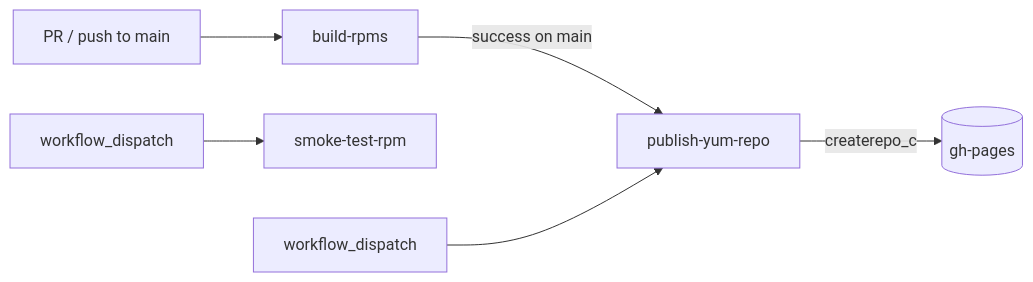
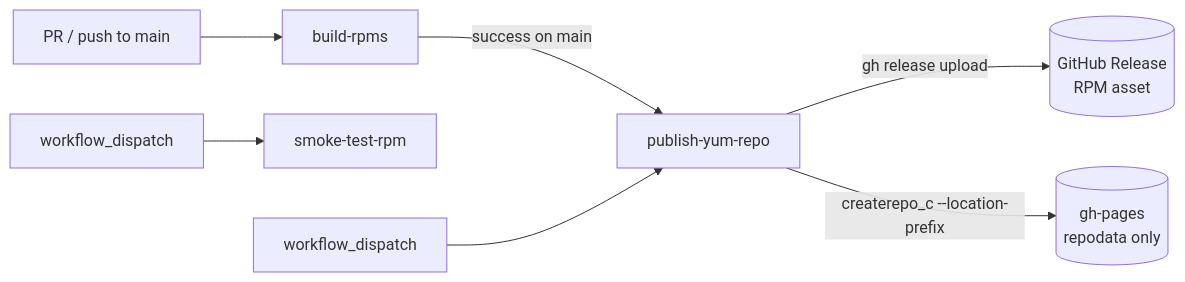
Before and after one commit to duynhlab/packages: the second of 2 diagrams in docs/build.md, drawn with Mermaid. The commit also changed other lines of this file and 2 other files, not shown here.

First line of the commit message:
ci: host RPMs on GitHub Releases, publish metadata-only gh-pages

````diff
--- a/docs/build.md
+++ b/docs/build.md
@@ -132,8 +132,9 @@
 ```mermaid
 flowchart LR
   PR[PR / push to main] --> B[build-rpms]
   B -->|success on main| P[publish-yum-repo]
-  P -->|createrepo_c| GH[(gh-pages)]
+  P -->|gh release upload| REL[(GitHub Release<br/>RPM asset)]
+  P -->|createrepo_c --location-prefix| GH[(gh-pages<br/>repodata only)]
   MAN1[workflow_dispatch] --> S[smoke-test-rpm]
   MAN2[workflow_dispatch] --> P
 ```
````
